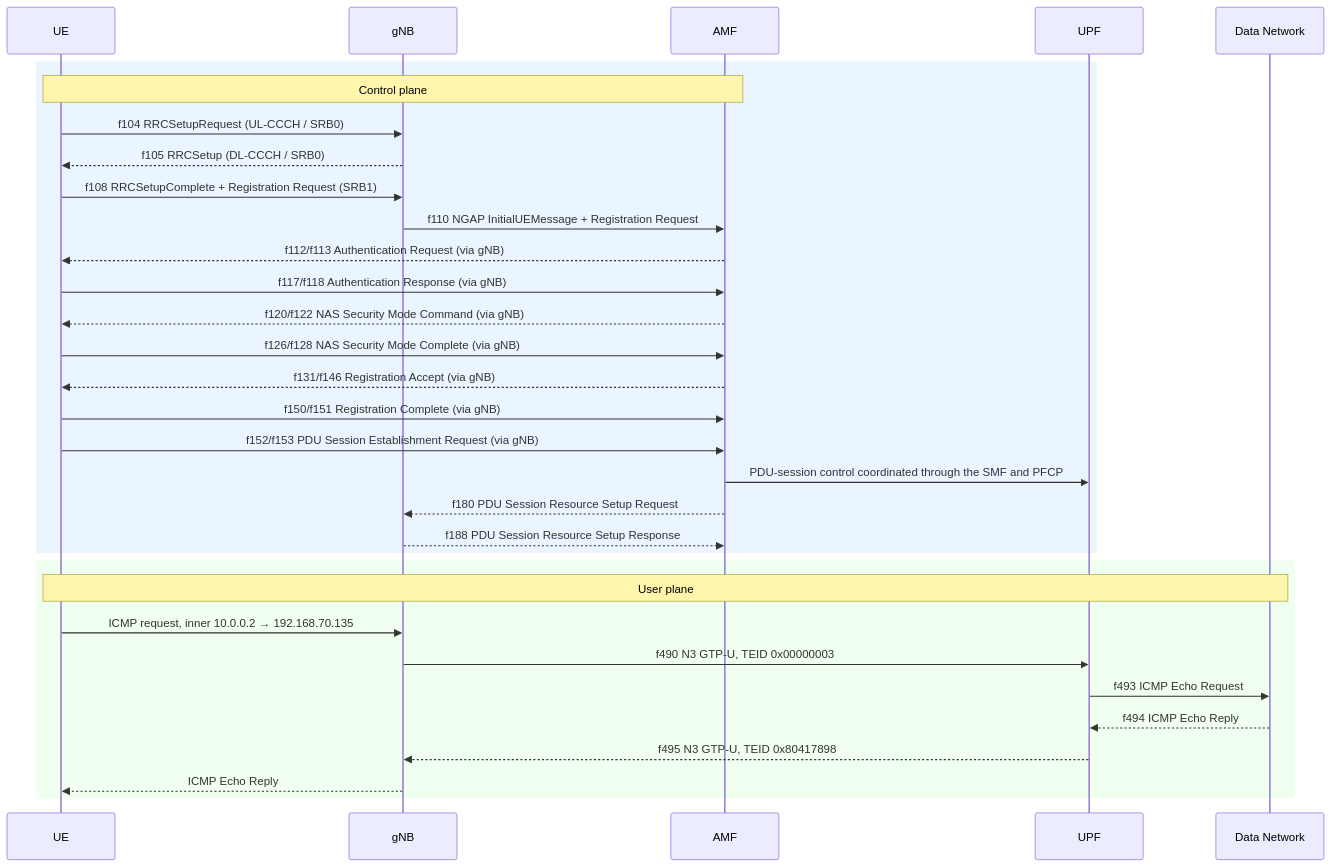
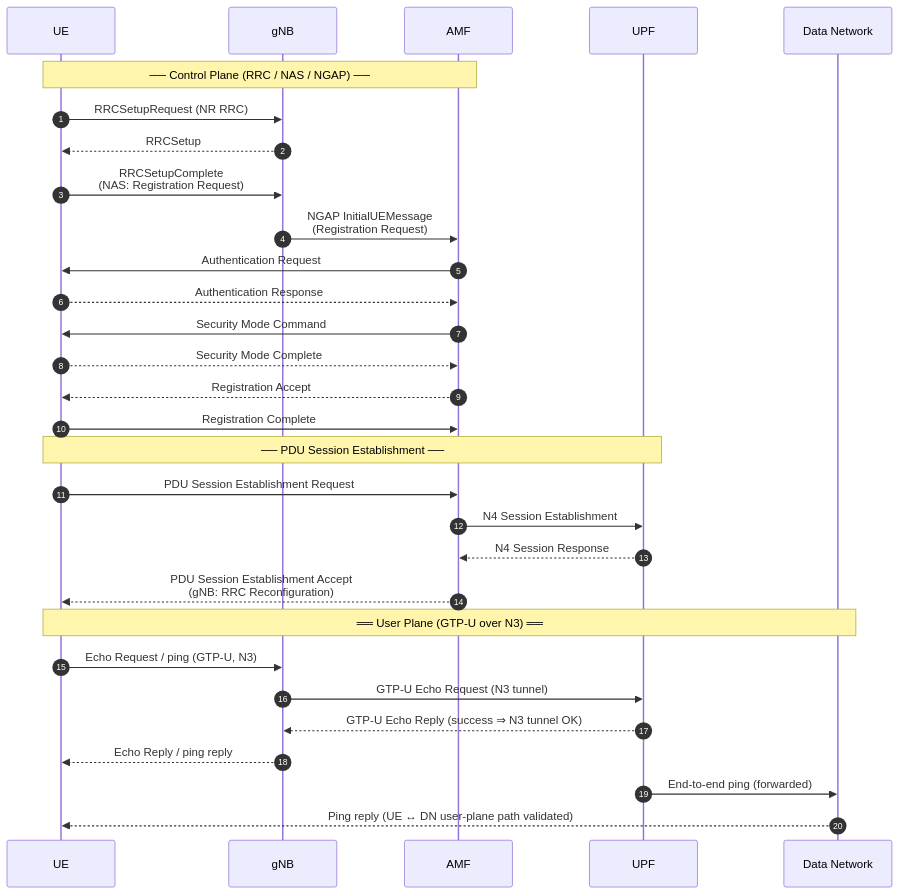
Before and after one commit to lulubinbin/WC-2026-E11502007-Lubin: the second of 2 diagrams in Lab1 - Analyzing UE–gNB Connectivity in an OAI 5G SA Network/report.md, drawn with Mermaid. The commit also changed other lines of this file, not shown here.

First line of the commit message:
Revise final UE connection sequence and cleanup report

````diff
--- a/Lab1 - Analyzing UE–gNB Connectivity in an OAI 5G SA Network/report.md
+++ b/Lab1 - Analyzing UE–gNB Connectivity in an OAI 5G SA Network/report.md
@@ -556,36 +367,40 @@
 ```mermaid
 sequenceDiagram
+    autonumber
     participant UE
     participant gNB
     participant AMF
     participant UPF
     participant DN as Data Network
 
-    rect rgb(235,245,255)
-    Note over UE,AMF: Control plane
-    UE->>gNB: f104 RRCSetupRequest (UL-CCCH / SRB0)
-    gNB-->>UE: f105 RRCSetup (DL-CCCH / SRB0)
-    UE->>gNB: f108 RRCSetupComplete + Registration Request (SRB1)
-    gNB->>AMF: f110 NGAP InitialUEMessage + Registration Request
-    AMF-->>UE: f112/f113 Authentication Request (via gNB)
-    UE->>AMF: f117/f118 Authentication Response (via gNB)
-    AMF-->>UE: f120/f122 NAS Security Mode Command (via gNB)
-    UE->>AMF: f126/f128 NAS Security Mode Complete (via gNB)
-    AMF-->>UE: f131/f146 Registration Accept (via gNB)
-    UE->>AMF: f150/f151 Registration Complete (via gNB)
-    UE->>AMF: f152/f153 PDU Session Establishment Request (via gNB)
-    AMF->>UPF: PDU-session control coordinated through the SMF and PFCP
-    AMF-->>gNB: f180 PDU Session Resource Setup Request
-    gNB-->>AMF: f188 PDU Session Resource Setup Response
-    end
+    Note over UE,AMF: ── Control Plane (RRC / NAS / NGAP) ──
 
-    rect rgb(240,255,240)
-    Note over UE,DN: User plane
-    UE->>gNB: ICMP request, inner 10.0.0.2 → 192.168.70.135
-    gNB->>UPF: f490 N3 GTP-U, TEID 0x00000003
-    UPF->>DN: f493 ICMP Echo Request
-    DN-->>UPF: f494 ICMP Echo Reply
-    UPF-->>gNB: f495 N3 GTP-U, TEID 0x80417898
-    gNB-->>UE: ICMP Echo Reply
-    end
+    UE->>gNB: RRCSetupRequest (NR RRC)
+    gNB-->>UE: RRCSetup
+    UE->>gNB: RRCSetupComplete<br/>(NAS: Registration Request)
+    gNB->>AMF: NGAP InitialUEMessage<br/>(Registration Request)
+
+    AMF->>UE: Authentication Request
+    UE-->>AMF: Authentication Response
+    AMF->>UE: Security Mode Command
+    UE-->>AMF: Security Mode Complete
+
+    AMF-->>UE: Registration Accept
+    UE->>AMF: Registration Complete
+
+    Note over UE,UPF: ── PDU Session Establishment ──
+
+    UE->>AMF: PDU Session Establishment Request
+    AMF->>UPF: N4 Session Establishment
+    UPF-->>AMF: N4 Session Response
+    AMF-->>UE: PDU Session Establishment Accept<br/>(gNB: RRC Reconfiguration)
+
+    Note over UE,DN: ══ User Plane (GTP-U over N3) ══
+
+    UE->>gNB: Echo Request / ping (GTP-U, N3)
+    gNB->>UPF: GTP-U Echo Request (N3 tunnel)
+    UPF-->>gNB: GTP-U Echo Reply (success ⇒ N3 tunnel OK)
+    gNB-->>UE: Echo Reply / ping reply
+    UPF->>DN: End-to-end ping (forwarded)
+    DN-->>UE: Ping reply (UE ↔ DN user-plane path validated)
 ```
````
